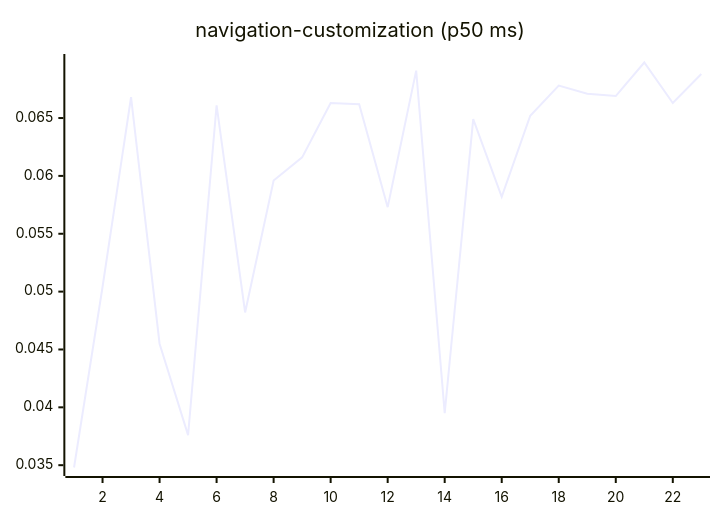
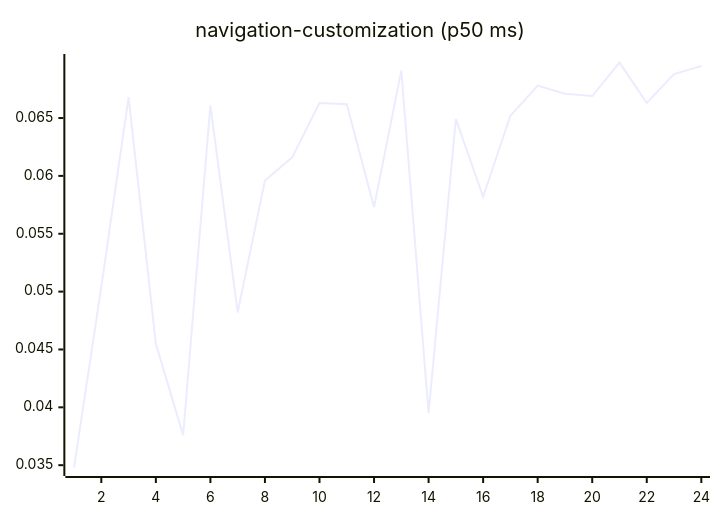
Diagram 15 of 27 in README.md (josha/Facet), drawn with Mermaid before and after one commit. The commit also changed other lines of this file and 2 other files, not shown here.

````diff
--- a/README.md
+++ b/README.md
@@ -161,6 +161,6 @@
 ```mermaid
 xychart-beta
     title "navigation-customization (p50 ms)"
-    x-axis 1 --> 23
-    line [0.0348, 0.0504, 0.0668, 0.0455, 0.0376, 0.0661, 0.0482, 0.0596, 0.0616, 0.0663, 0.0662, 0.0573, 0.0691, 0.0395, 0.0649, 0.0582, 0.0652, 0.0678, 0.0671, 0.0669, 0.0698, 0.0663, 0.0688]
+    x-axis 1 --> 24
+    line [0.0348, 0.0504, 0.0668, 0.0455, 0.0376, 0.0661, 0.0482, 0.0596, 0.0616, 0.0663, 0.0662, 0.0573, 0.0691, 0.0395, 0.0649, 0.0582, 0.0652, 0.0678, 0.0671, 0.0669, 0.0698, 0.0663, 0.0688, 0.0695]
 ```
````
